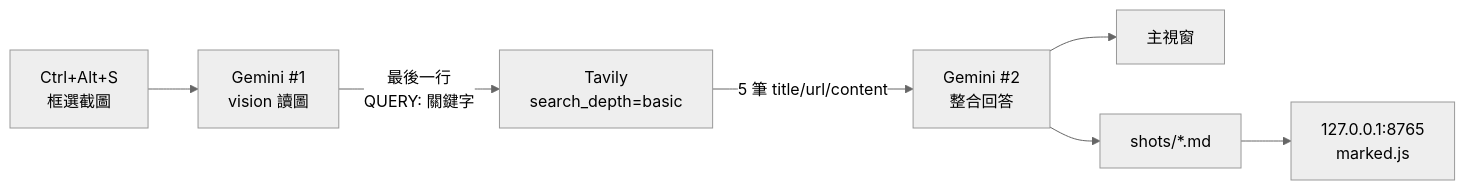
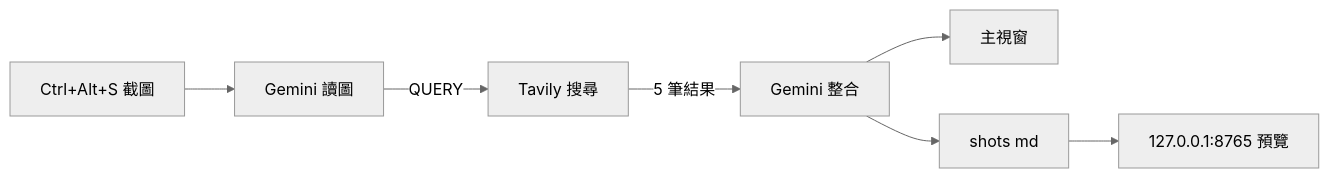
Before and after one commit to anku0910/LHU-AI-10-28-Tavily: the diagram in README.md, drawn with Mermaid (neutral theme).

Commit message:
Simplify mermaid diagram so GitHub renders it

````diff
--- a/README.md
+++ b/README.md
@@ -71,9 +71,9 @@
 ```mermaid
 flowchart LR
-    A["Ctrl+Alt+S<br/>框選截圖"] --> B["Gemini #1<br/>vision 讀圖"]
-    B -->|"最後一行<br/>QUERY: 關鍵字"| C["Tavily<br/>search_depth=basic"]
-    C -->|"5 筆 title/url/content"| D["Gemini #2<br/>整合回答"]
-    D --> E["主視窗"]
-    D --> F["shots/*.md"]
-    F --> G["127.0.0.1:8765<br/>marked.js"]
+    A[Ctrl+Alt+S 截圖] --> B[Gemini 讀圖]
+    B -->|QUERY| C[Tavily 搜尋]
+    C -->|5 筆結果| D[Gemini 整合]
+    D --> E[主視窗]
+    D --> F[shots md]
+    F --> G[127.0.0.1:8765 預覽]
 ```
````
